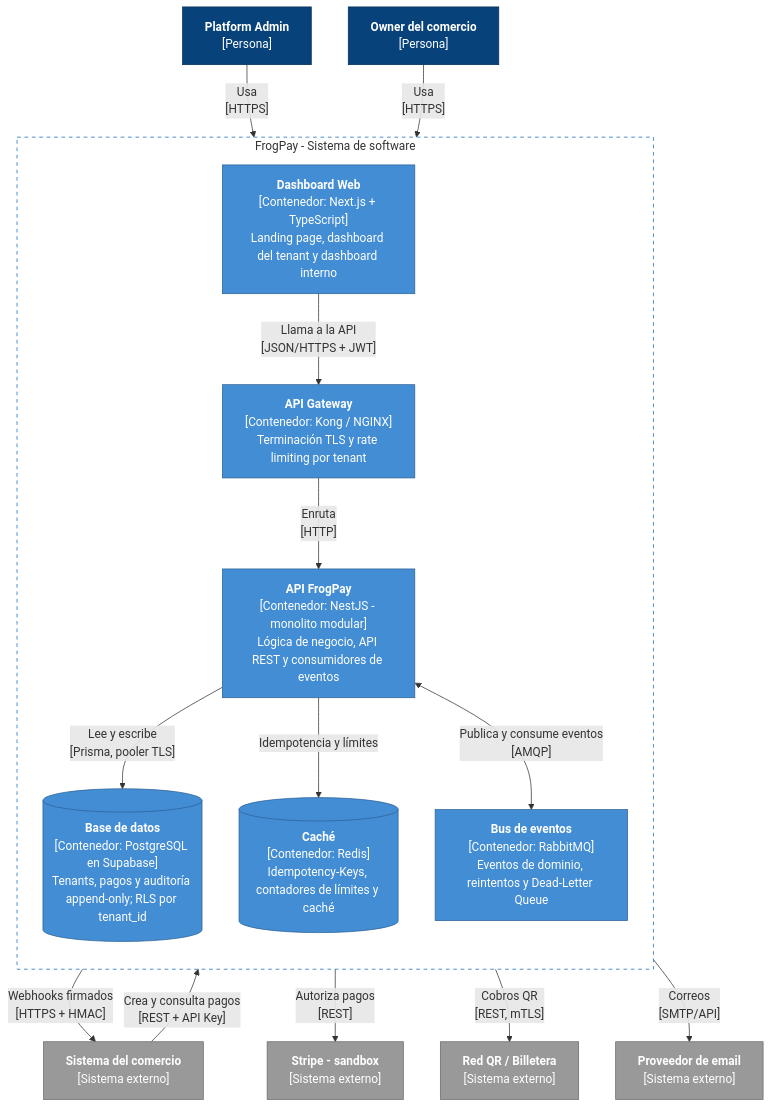
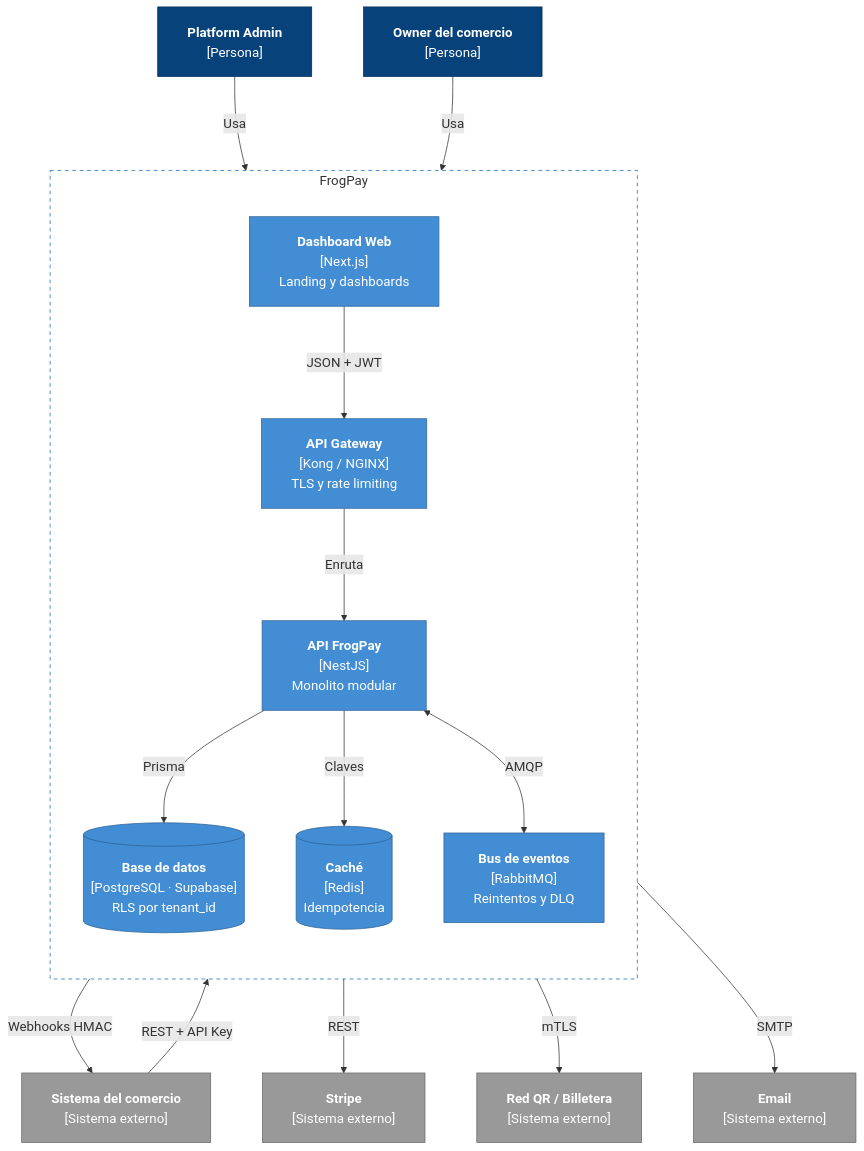
One commit to NobleSi6/frogpay changed the second of 3 diagrams in docs/c4/README.md. Above: the diagram before and after it, drawn with Mermaid. The commit also changed other lines of this file, not shown here.

Commit message:
docs(c4): textos más cortos y letra más grande en los diagramas

````diff
--- a/docs/c4/README.md
+++ b/docs/c4/README.md
@@ -58,41 +57,42 @@
 ```mermaid
+%%{init: {"themeVariables": {"fontSize": "18px"}, "flowchart": {"nodeSpacing": 70, "rankSpacing": 100, "padding": 20}}}%%
 flowchart TB
     admin["<b>Platform Admin</b><br/>[Persona]"]
     owner["<b>Owner del comercio</b><br/>[Persona]"]
     comercio["<b>Sistema del comercio</b><br/>[Sistema externo]"]
 
-    subgraph frogpay["FrogPay - Sistema de software"]
+    subgraph frogpay["FrogPay"]
         direction TB
-        dashboard["<b>Dashboard Web</b><br/>[Contenedor: Next.js + TypeScript]<br/>Landing page, dashboard del tenant y dashboard interno"]
-        gateway["<b>API Gateway</b><br/>[Contenedor: Kong / NGINX]<br/>Terminación TLS y rate limiting por tenant"]
-        api["<b>API FrogPay</b><br/>[Contenedor: NestJS - monolito modular]<br/>Lógica de negocio, API REST y consumidores de eventos"]
-        bus["<b>Bus de eventos</b><br/>[Contenedor: RabbitMQ]<br/>Eventos de dominio, reintentos y Dead-Letter Queue"]
-        redis[("<b>Caché</b><br/>[Contenedor: Redis]<br/>Idempotency-Keys, contadores de límites y caché")]
-        db[("<b>Base de datos</b><br/>[Contenedor: PostgreSQL en Supabase]<br/>Tenants, pagos y auditoría append-only; RLS por tenant_id")]
+        dashboard["<b>Dashboard Web</b><br/>[Next.js]<br/>Landing y dashboards"]
+        gateway["<b>API Gateway</b><br/>[Kong / NGINX]<br/>TLS y rate limiting"]
+        api["<b>API FrogPay</b><br/>[NestJS]<br/>Monolito modular"]
+        bus["<b>Bus de eventos</b><br/>[RabbitMQ]<br/>Reintentos y DLQ"]
+        redis[("<b>Caché</b><br/>[Redis]<br/>Idempotencia")]
+        db[("<b>Base de datos</b><br/>[PostgreSQL · Supabase]<br/>RLS por tenant_id")]
     end
 
-    stripe["<b>Stripe - sandbox</b><br/>[Sistema externo]"]
+    stripe["<b>Stripe</b><br/>[Sistema externo]"]
     qr["<b>Red QR / Billetera</b><br/>[Sistema externo]"]
-    email["<b>Proveedor de email</b><br/>[Sistema externo]"]
+    email["<b>Email</b><br/>[Sistema externo]"]
 
-    admin -->|"Usa<br/>[HTTPS]"| dashboard
-    owner -->|"Usa<br/>[HTTPS]"| dashboard
-    dashboard -->|"Llama a la API<br/>[JSON/HTTPS + JWT]"| gateway
-    comercio -->|"Crea y consulta pagos<br/>[REST + API Key]"| gateway
-    gateway -->|"Enruta<br/>[HTTP]"| api
-    api -->|"Lee y escribe<br/>[Prisma, pooler TLS]"| db
-    api -->|"Idempotencia y límites"| redis
-    api <-->|"Publica y consume eventos<br/>[AMQP]"| bus
-    api -->|"Webhooks firmados<br/>[HTTPS + HMAC]"| comercio
-    api -->|"Autoriza pagos<br/>[REST]"| stripe
-    api -->|"Cobros QR<br/>[REST, mTLS]"| qr
-    api -->|"Correos<br/>[SMTP/API]"| email
+    admin -->|"Usa"| dashboard
+    owner -->|"Usa"| dashboard
+    dashboard -->|"JSON + JWT"| gateway
+    comercio -->|"REST + API Key"| gateway
+    gateway -->|"Enruta"| api
+    api -->|"Prisma"| db
+    api -->|"Claves"| redis
+    api <-->|"AMQP"| bus
+    api -->|"Webhooks HMAC"| comercio
+    api -->|"REST"| stripe
+    api -->|"mTLS"| qr
+    api -->|"SMTP"| email
 
     classDef person fill:#08427b,stroke:#052e56,color:#fff
     classDef container fill:#438dd5,stroke:#2e6295,color:#fff
     classDef external fill:#999999,stroke:#6b6b6b,color:#fff
     class admin,owner person
     class dashboard,gateway,api,bus,redis,db container
     class comercio,stripe,qr,email external
     style frogpay fill:none,stroke:#1168bd,stroke-dasharray: 5 5
 ```
````
